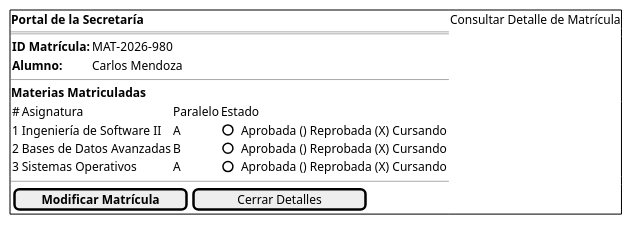
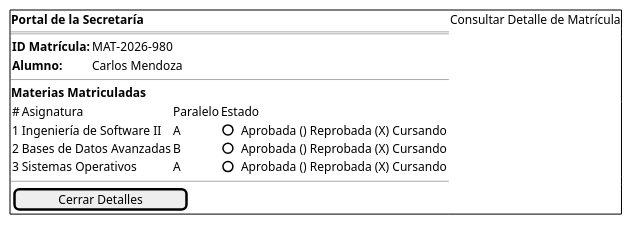
One commit to enmabry/25-26-IdSw1-SdR changed the diagram in documents/CasosDeUso/Prototipos/Secretaria/consultarDetalleMatricula.puml. Above: the diagram before and after it, drawn with PlantUML. The commit also changed 43 other files, not shown here.

```diff
--- a/documents/CasosDeUso/Prototipos/Secretaria/consultarDetalleMatricula.puml
+++ b/documents/CasosDeUso/Prototipos/Secretaria/consultarDetalleMatricula.puml
@@ -1,22 +1,22 @@
 @startsalt
 {+
   <b>Portal de la Secretaría | Consultar Detalle de Matrícula
   ==
   {
     <b>ID Matrícula: | MAT-2026-980
     <b>Alumno: | Carlos Mendoza
   }
   --
   <b>Materias Matriculadas
   {
     # | Asignatura | Paralelo | Estado
     1 | Ingeniería de Software II | A | () Aprobada () Reprobada (X) Cursando
     2 | Bases de Datos Avanzadas | B | () Aprobada () Reprobada (X) Cursando
     3 | Sistemas Operativos | A | () Aprobada () Reprobada (X) Cursando
   }
   --
   {
-    [ <b>Modificar Matrícula</b> ] | [   Cerrar Detalles   ]
+    [   Cerrar Detalles   ]
   }
 }
 @endsalt
```
